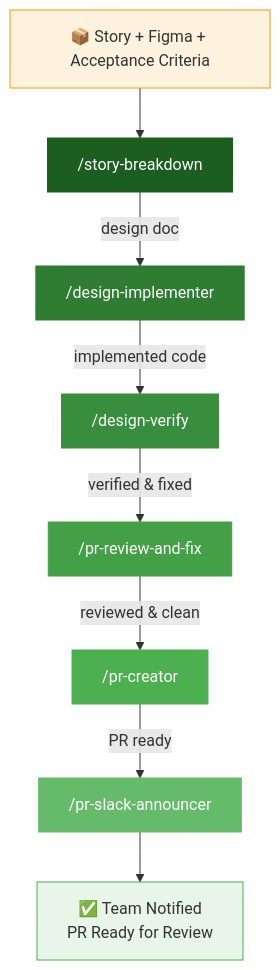
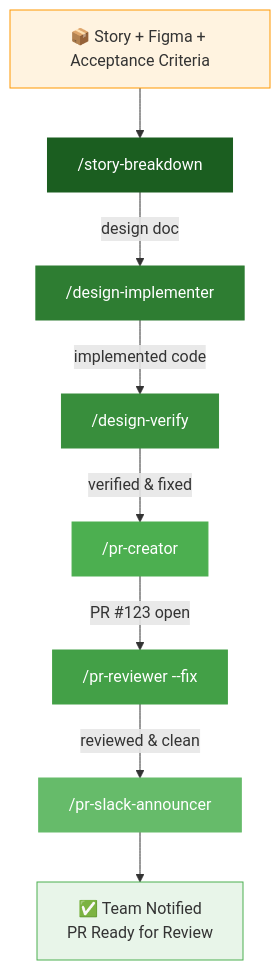
One commit to karanivincent/claude-code-tools changed the third of 17 diagrams in docs/development-workflow.md. Above: the diagram before and after it, drawn with Mermaid. The commit also changed other lines of this file, not shown here.

First line of the commit message:
docs: rename /pr-review-and-fix to /pr-reviewer --fix and fix the pipeline order (#19)

````diff
--- a/docs/development-workflow.md
+++ b/docs/development-workflow.md
@@ -83,21 +89,21 @@
 ```mermaid
 flowchart TD
     INPUT["📦 Story + Figma + Acceptance Criteria"]
 
     INPUT --> SB["/story-breakdown"]
     SB -->|"design doc"| DI["/design-implementer"]
     DI -->|"implemented code"| DV["/design-verify"]
-    DV -->|"verified & fixed"| PRR["/pr-review-and-fix"]
-    PRR -->|"reviewed & clean"| PRC["/pr-creator"]
-    PRC -->|"PR ready"| PSA["/pr-slack-announcer"]
+    DV -->|"verified & fixed"| PRC["/pr-creator"]
+    PRC -->|"PR #123 open"| PRR["/pr-reviewer --fix"]
+    PRR -->|"reviewed & clean"| PSA["/pr-slack-announcer"]
     PSA --> DONE["✅ Team Notified<br/>PR Ready for Review"]
 
     style INPUT fill:#FFF3E0,stroke:#FF9800
     style SB fill:#1B5E20,stroke:#1B5E20,color:#fff
     style DI fill:#2E7D32,stroke:#2E7D32,color:#fff
     style DV fill:#388E3C,stroke:#388E3C,color:#fff
     style PRR fill:#43A047,stroke:#43A047,color:#fff
     style PRC fill:#4CAF50,stroke:#4CAF50,color:#fff
     style PSA fill:#66BB6A,stroke:#66BB6A,color:#fff
     style DONE fill:#E8F5E9,stroke:#4CAF50
 ```
````
